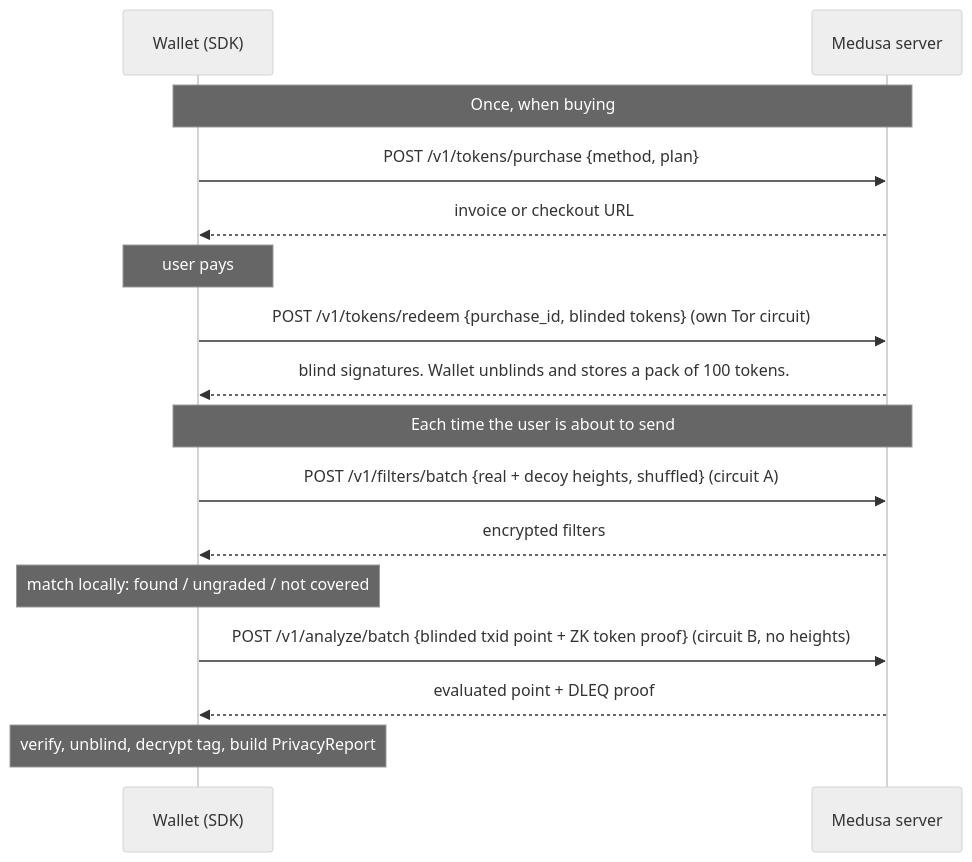
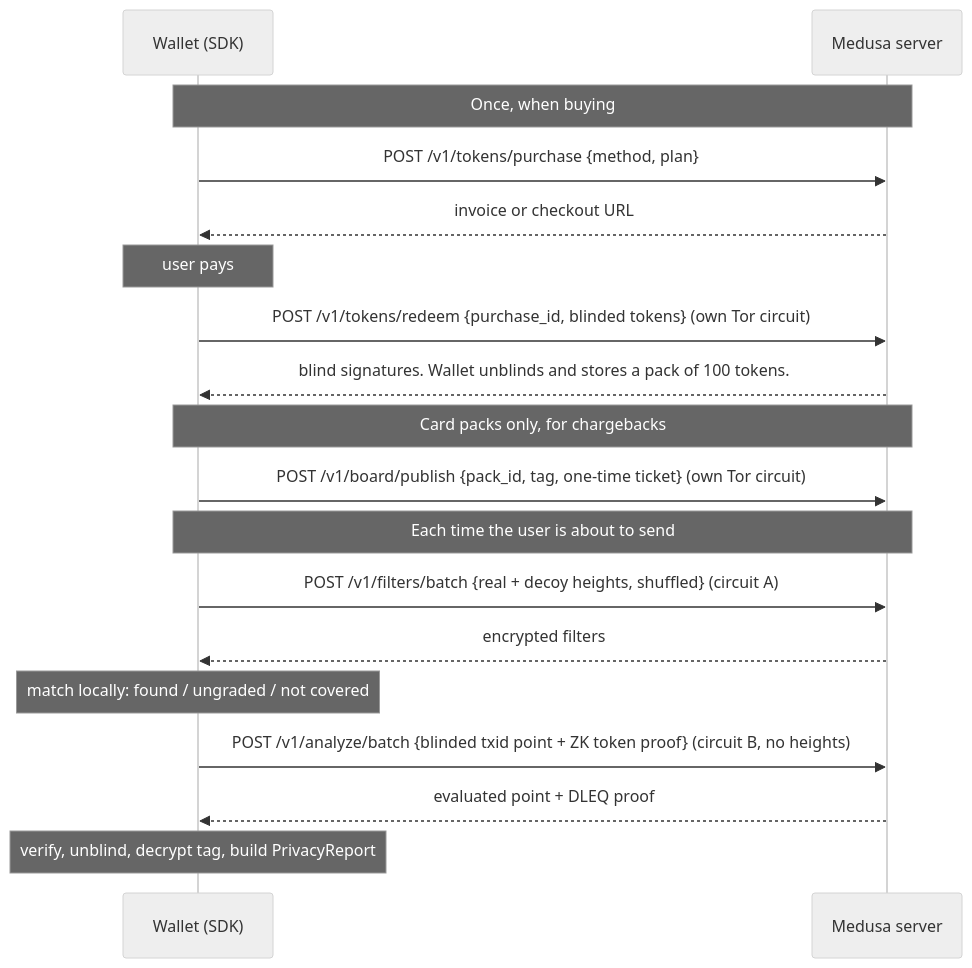
One commit to vazertuche105/perseverus-sdk changed the diagram in docs/01-how-it-works.md. Above: the diagram before and after it, drawn with Mermaid (neutral theme). The commit also changed 10 other files, not shown here.

````diff
--- a/docs/01-how-it-works.md
+++ b/docs/01-how-it-works.md
@@ -66,18 +66,20 @@
 ```mermaid
 sequenceDiagram
     participant W as Wallet (SDK)
     participant S as Medusa server
     Note over W,S: Once, when buying
     W->>S: POST /v1/tokens/purchase {method, plan}
     S-->>W: invoice or checkout URL
     Note over W: user pays
     W->>S: POST /v1/tokens/redeem {purchase_id, blinded tokens}  (own Tor circuit)
     S-->>W: blind signatures. Wallet unblinds and stores a pack of 100 tokens.
+    Note over W,S: Card packs only, for chargebacks
+    W->>S: POST /v1/board/publish {pack_id, tag, one-time ticket}  (own Tor circuit)
     Note over W,S: Each time the user is about to send
     W->>S: POST /v1/filters/batch {real + decoy heights, shuffled}  (circuit A)
     S-->>W: encrypted filters
     Note over W: match locally: found / ungraded / not covered
     W->>S: POST /v1/analyze/batch {blinded txid point + ZK token proof}  (circuit B, no heights)
     S-->>W: evaluated point + DLEQ proof
     Note over W: verify, unblind, decrypt tag, build PrivacyReport
 ```
````
